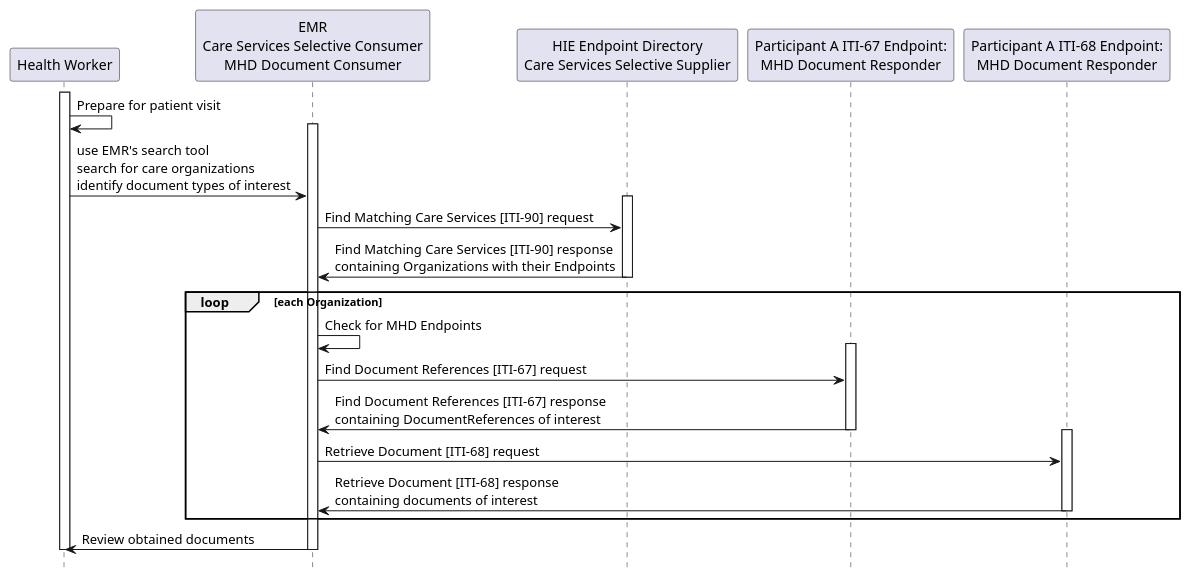
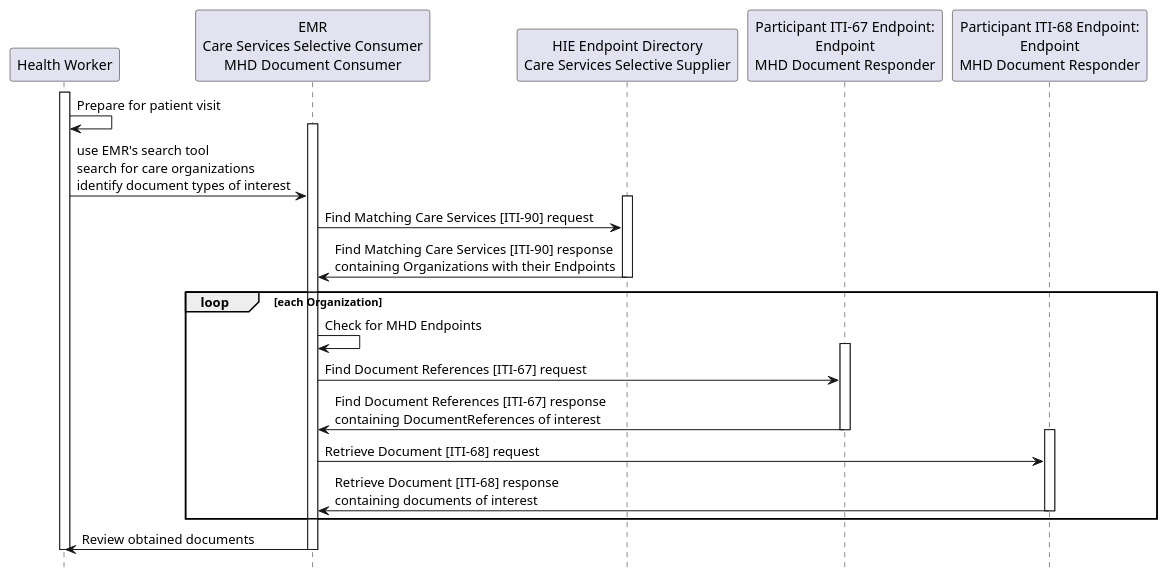
One commit to IHE/ITI.mCSD changed the diagram in input/images-source/usecase5-processflow.plantuml. Above: the diagram before and after it, drawn with PlantUML.

```diff
--- a/input/images-source/usecase5-processflow.plantuml
+++ b/input/images-source/usecase5-processflow.plantuml
@@ -1,31 +1,31 @@
 @startuml
 hide footbox
 participant "Health Worker" as HW
 participant "EMR\nCare Services Selective Consumer\nMHD Document Consumer" as EMR
 participant "HIE Endpoint Directory\nCare Services Selective Supplier" as Directory
-participant "Participant A ITI-67 Endpoint:\nMHD Document Responder" as Responder67
-participant "Participant A ITI-68 Endpoint:\nMHD Document Responder" as Responder68
+participant "Participant ITI-67 Endpoint:\nEndpoint\nMHD Document Responder" as Responder67
+participant "Participant ITI-68 Endpoint:\nEndpoint\nMHD Document Responder" as Responder68
 
 activate HW
 HW -> HW: Prepare for patient visit
 activate EMR
 HW -> EMR: use EMR's search tool \nsearch for care organizations\nidentify document types of interest
 activate Directory
 EMR-> Directory: Find Matching Care Services [ITI-90] request
 Directory -> EMR: Find Matching Care Services [ITI-90] response\ncontaining Organizations with their Endpoints
 deactivate Directory
 loop each Organization
 EMR -> EMR: Check for MHD Endpoints
 activate Responder67
 EMR-> Responder67: Find Document References [ITI-67] request
 Responder67 -> EMR: Find Document References [ITI-67] response\ncontaining DocumentReferences of interest
 deactivate Responder67
 activate Responder68
 EMR-> Responder68: Retrieve Document [ITI-68] request
 Responder68 -> EMR: Retrieve Document [ITI-68] response\ncontaining documents of interest
 deactivate Responder68
 end
 EMR -> HW : Review obtained documents
 deactivate HW
 deactivate EMR
 @enduml
```
